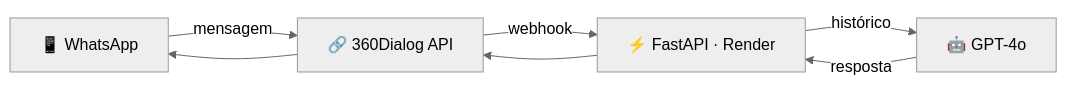
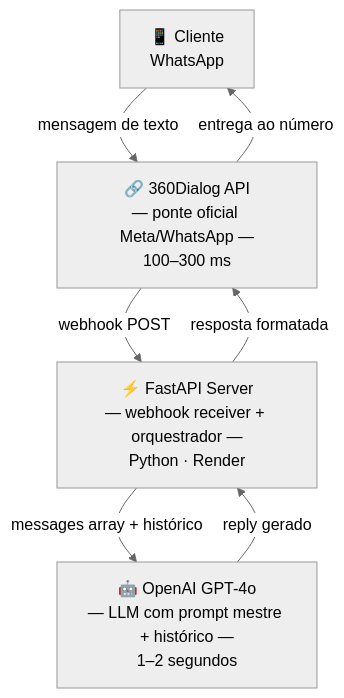
Before and after one commit to zyzerkk/luisotavioguero: the diagram in README.md, drawn with Mermaid (neutral theme). The commit also changed other lines of this file, not shown here.

````diff
--- a/README.md
+++ b/README.md
@@ -166,7 +294,9 @@
 ```mermaid
-flowchart LR
-    A["📱 WhatsApp"] -->|mensagem| B["🔗 360Dialog API"]
-    B -->|webhook| C["⚡ FastAPI · Render"]
-    C -->|histórico| D["🤖 GPT-4o"]
-    D -->|resposta| C --> B --> A
+flowchart TD
+    A["📱 Cliente\nWhatsApp"] -->|"mensagem de texto"| B
+    B["🔗 360Dialog API\n― ponte oficial Meta/WhatsApp ―\n100–300 ms"] -->|"webhook POST"| C
+    C["⚡ FastAPI Server\n― webhook receiver + orquestrador ―\nPython · Render"] -->|"messages array + histórico"| D
+    D["🤖 OpenAI GPT-4o\n― LLM com prompt mestre + histórico ―\n1–2 segundos"] -->|"reply gerado"| C
+    C -->|"resposta formatada"| B
+    B -->|"entrega ao número"| A
 ```
````
